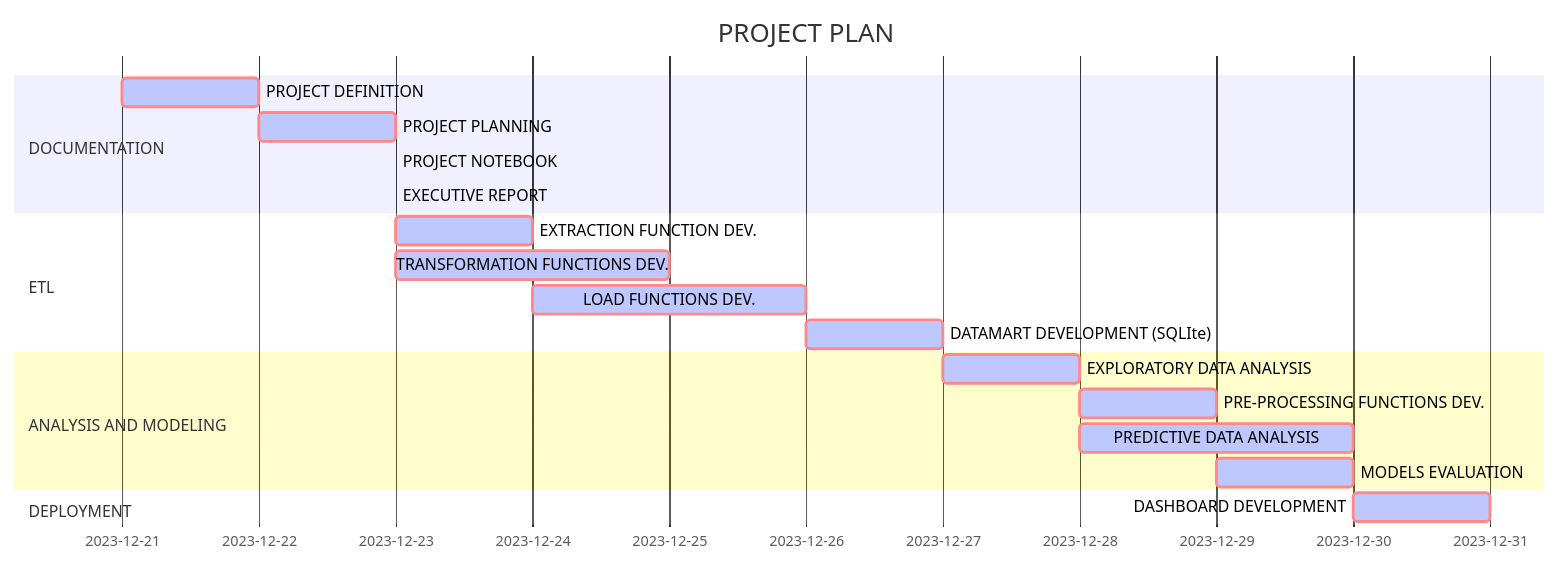
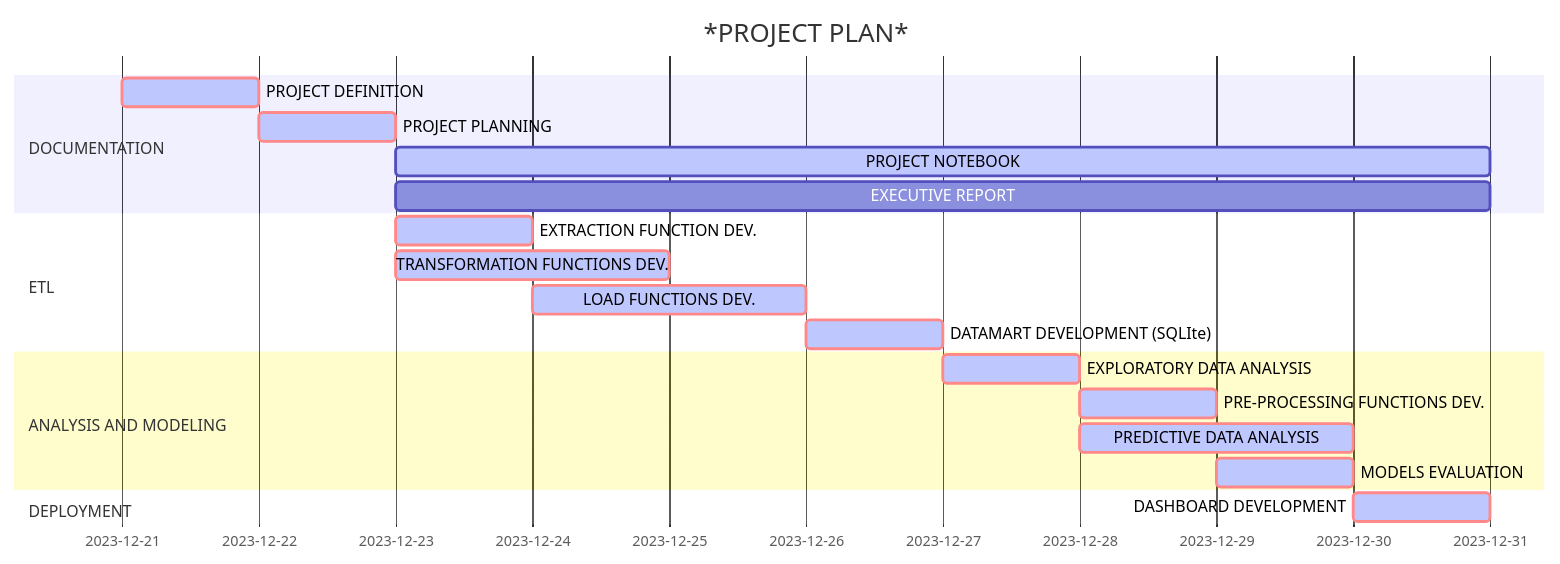
Before and after one commit to zapallo-droid-ca/2023_WDI_ts_GDP_forecasting: the diagram in docs/project_planning.mkd, drawn with Mermaid. The commit also changed other lines of this file and 1 other file, not shown here.

Commit message:
project planning update

````diff
--- a/docs/project_planning.mkd
+++ b/docs/project_planning.mkd
@@ -42,27 +42,27 @@
 ```mermaid renderAs=mermaid
 gantt
        dateFormat  YYYY-MM-DD
-       title PROJECT PLAN
+       title *PROJECT PLAN*
 
        section DOCUMENTATION
        PROJECT DEFINITION            :crit, active, des01, 2023-12-21 , 1d
        PROJECT PLANNING              :crit, active, des02, after des01, 1d
-       PROJECT NOTEBOOK              :      active, des03, after des02, 
-       EXECUTIVE REPORT              :              des04, after des02, 
+       PROJECT NOTEBOOK              :      active, des03, after des02, 2023-12-31
+       EXECUTIVE REPORT              :              des04, after des02, 2023-12-31
 
        section ETL
        EXTRACTION FUNCTION DEV. 	 :crit, active, des05, after des02, 1d
        TRANSFORMATION FUNCTIONS DEV. :crit, active, des06, after des02, 2d
 	   LOAD FUNCTIONS DEV.			 :crit, active, des07, after des05, 2d
 	   DATAMART DEVELOPMENT (SQLIte) :crit, active, des08, after des07, 1d
 
        section ANALYSIS AND MODELING
        EXPLORATORY DATA ANALYSIS     :crit, active, des09, after des08, 1d
 	   PRE-PROCESSING FUNCTIONS DEV. :crit, active, des10, after des09, 1d
 	   PREDICTIVE DATA ANALYSIS      :crit, active, des11, after des09, 2d
 	   MODELS EVALUATION             :crit, active, des12, after des10, 1d
 	   
 	   section DEPLOYMENT
        DASHBOARD DEVELOPMENT         :crit, active, des13, after des12, 1d
 	   
 ```
````
